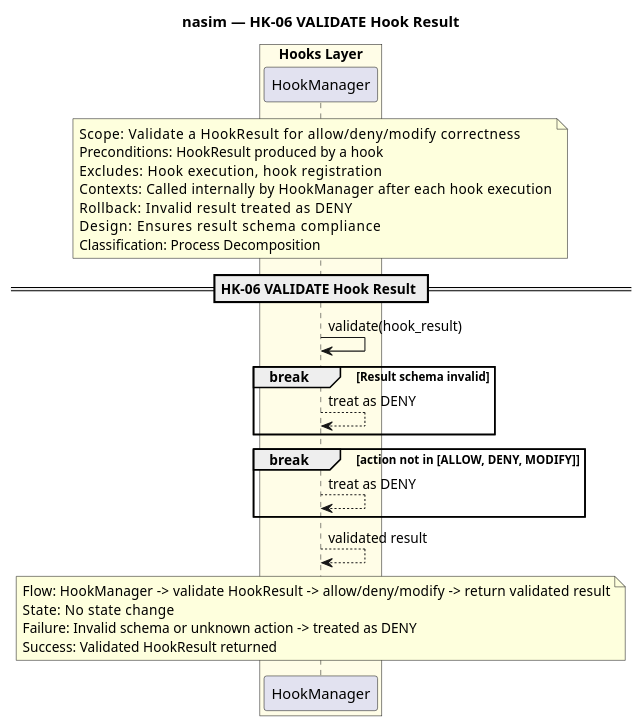
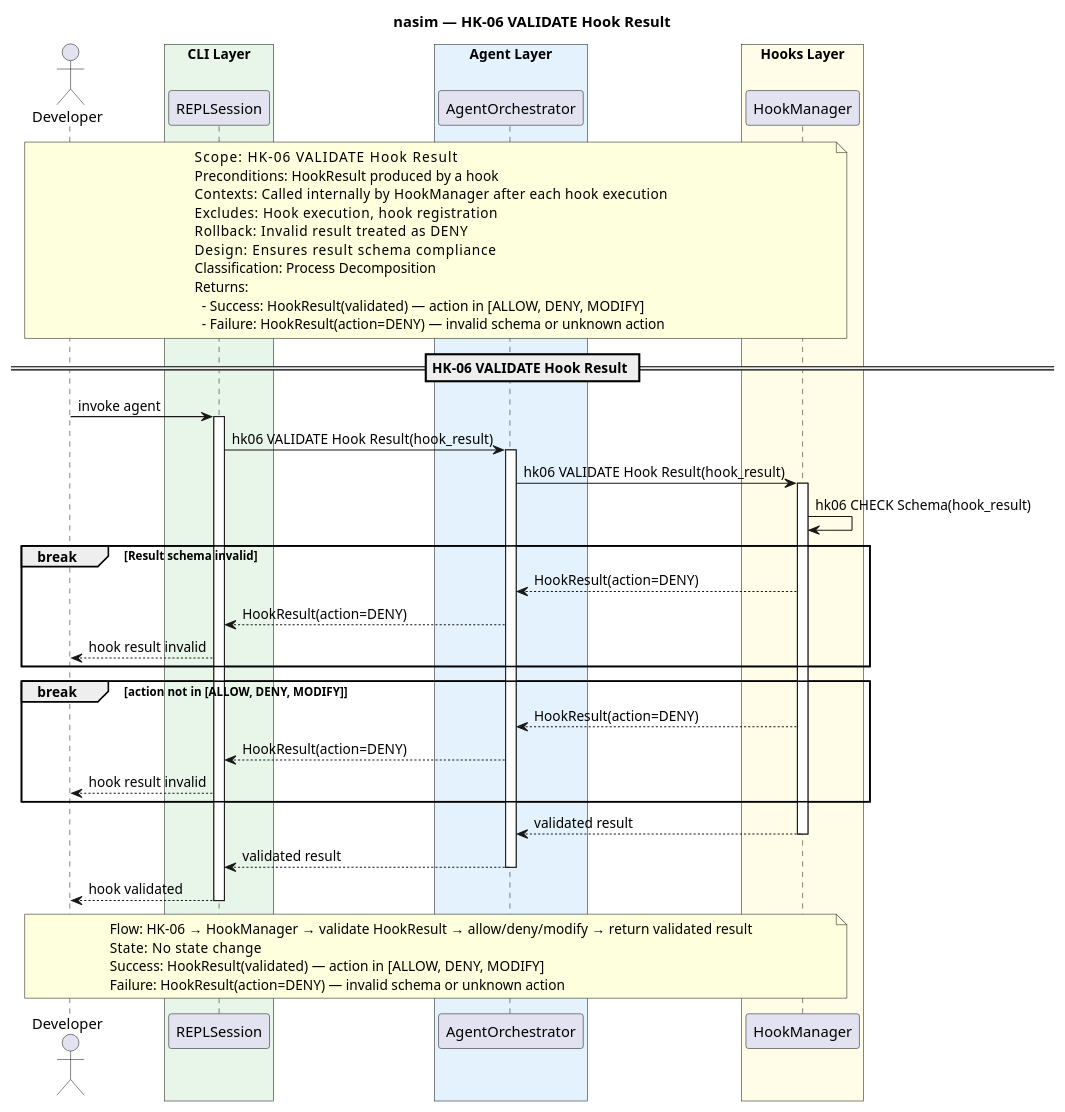
The diagram in docs/SQ/HK/sq_hk06_validate_hook_result.puml (salimnamvar/nasim), drawn with PlantUML before and after one commit. The commit also changed 148 other files, not shown here.

```diff
--- a/docs/SQ/HK/sq_hk06_validate_hook_result.puml
+++ b/docs/SQ/HK/sq_hk06_validate_hook_result.puml
@@ -1,49 +1,75 @@
 @startuml sq_hk06_validate_hook_result
 ' ============================================================
 ' Title:     HK-06 — VALIDATE Hook Result
 ' Boundary:  nasim code agent
 ' Purpose:   Validate a HookResult for correctness and safety
 ' Milestone: v1.0
-' Version:   2.0.0
+' Version:   3.0.0
 ' Source:    docs/UC/README.md
 ' Review:    docs/SQ/README.md
 ' ============================================================
 
 title nasim — HK-06 VALIDATE Hook Result
 
+actor "Developer" as user
+
+box "CLI Layer" #E8F5E9
+  participant "REPLSession" as repl
+end box
+box "Agent Layer" #E3F2FD
+  participant "AgentOrchestrator" as agent
+end box
 box "Hooks Layer" #FFFDE7
   participant "HookManager" as hooks
 end box
 
-note over hooks
-  Scope:          Validate a HookResult for allow/deny/modify correctness
+note over user, hooks
+  Scope:          HK-06 VALIDATE Hook Result
   Preconditions:  HookResult produced by a hook
+  Contexts:       Called internally by HookManager after each hook execution
   Excludes:       Hook execution, hook registration
-  Contexts:       Called internally by HookManager after each hook execution
   Rollback:       Invalid result treated as DENY
   Design:         Ensures result schema compliance
   Classification: Process Decomposition
+  Returns:
+    - Success: HookResult(validated) — action in [ALLOW, DENY, MODIFY]
+    - Failure: HookResult(action=DENY) — invalid schema or unknown action
 end note
 
 == HK-06 VALIDATE Hook Result ==
 
-hooks -> hooks : validate(hook_result)
+user -> repl : invoke agent
+activate repl
+repl -> agent : hk06 VALIDATE Hook Result(hook_result)
+activate agent
+agent -> hooks : hk06 VALIDATE Hook Result(hook_result)
+activate hooks
+hooks -> hooks : hk06 CHECK Schema(hook_result)
 
 break Result schema invalid
-    hooks --> hooks : treat as DENY
+    hooks --> agent : HookResult(action=DENY)
+    agent --> repl : HookResult(action=DENY)
+    repl --> user : hook result invalid
 end
 
 break action not in [ALLOW, DENY, MODIFY]
-    hooks --> hooks : treat as DENY
+    hooks --> agent : HookResult(action=DENY)
+    agent --> repl : HookResult(action=DENY)
+    repl --> user : hook result invalid
 end
 
-hooks --> hooks : validated result
+hooks --> agent : validated result
+deactivate hooks
+agent --> repl : validated result
+deactivate agent
+repl --> user : hook validated
+deactivate repl
 
-note over hooks
-  Flow:    HookManager -> validate HookResult -> allow/deny/modify -> return validated result
+note over user, hooks
+  Flow:    HK-06 → HookManager → validate HookResult → allow/deny/modify → return validated result
   State:   No state change
-  Failure: Invalid schema or unknown action -> treated as DENY
-  Success: Validated HookResult returned
+  Success: HookResult(validated) — action in [ALLOW, DENY, MODIFY]
+  Failure: HookResult(action=DENY) — invalid schema or unknown action
 end note
 
 @enduml
```
